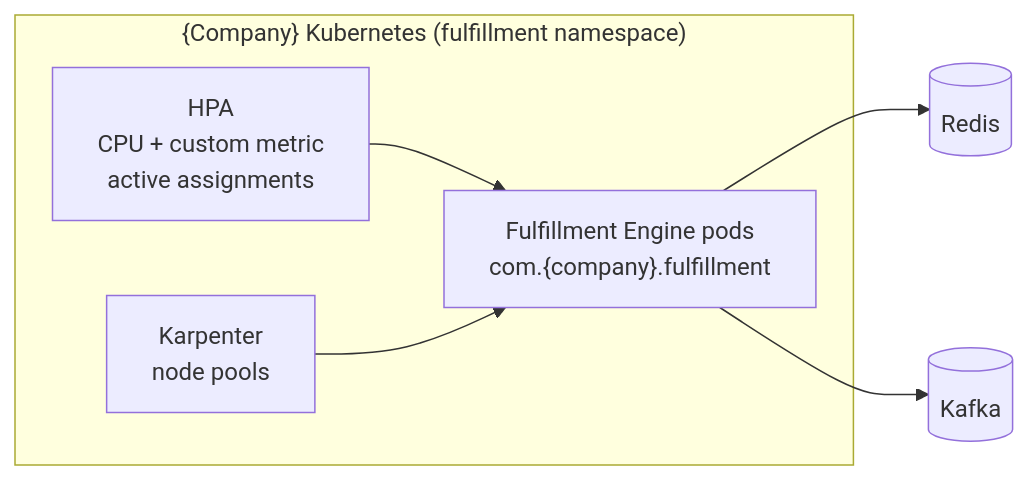
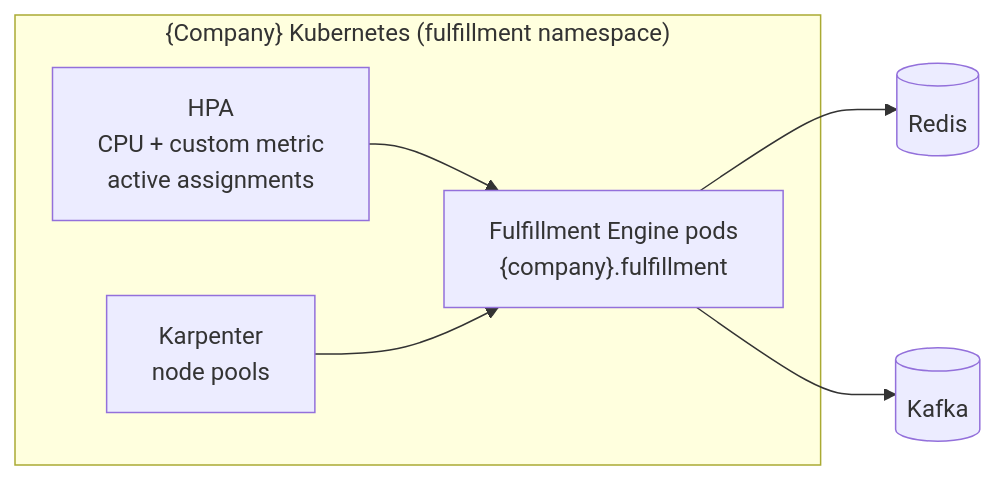
The fifth of 5 diagrams in 11-domain-catalog/02-fulfillment-engine.md (rishikeshdhokare/platform-manifesto), drawn with Mermaid before and after one commit. The commit also changed other lines of this file and 64 other files, not shown here.

````diff
--- a/11-domain-catalog/02-fulfillment-engine.md
+++ b/11-domain-catalog/02-fulfillment-engine.md
@@ -264,12 +264,12 @@
 ```mermaid
 flowchart LR
   subgraph K8s["{Company} Kubernetes (fulfillment namespace)"]
     HPA["HPA<br/>CPU + custom metric<br/>active assignments"]
     KP["Karpenter<br/>node pools"]
-    POD["Fulfillment Engine pods<br/>com.{company}.fulfillment"]
+    POD["Fulfillment Engine pods<br/>{company}.fulfillment"]
   end
   HPA --> POD
   KP --> POD
   POD --> REDIS2[("Redis")]
   POD --> K2[("Kafka")]
 ```
````
